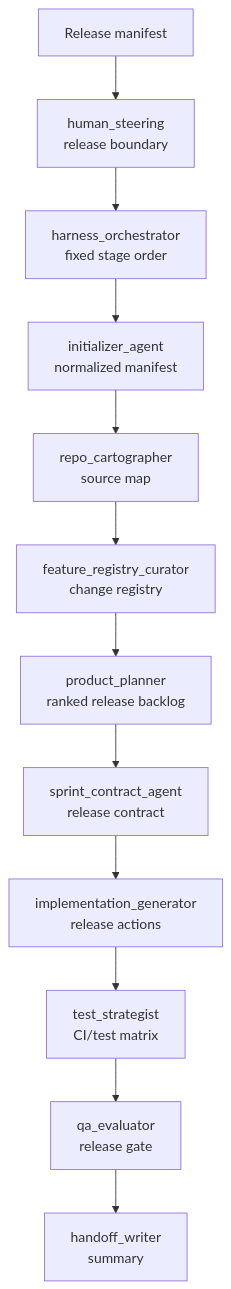
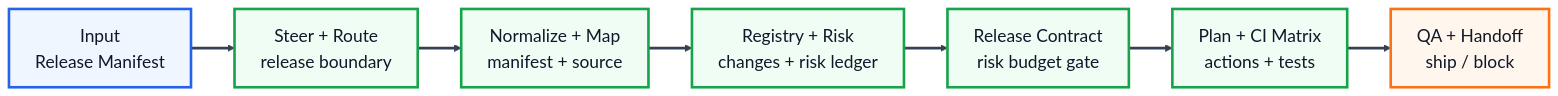
Before and after one commit to shiki-dml/My-Harness-Workflow: the third of 3 diagrams in README.md, drawn with Mermaid. The commit also changed other lines of this file and 2 other files, not shown here.

Commit message:
Improve README architecture visuals

````diff
--- a/README.md
+++ b/README.md
@@ -236,14 +228,17 @@
 ```mermaid
-flowchart TD
-    A["Release manifest"] --> B["human_steering<br/>release boundary"]
-    B --> C["harness_orchestrator<br/>fixed stage order"]
-    C --> D["initializer_agent<br/>normalized manifest"]
-    D --> E["repo_cartographer<br/>source map"]
-    E --> F["feature_registry_curator<br/>change registry"]
-    F --> G["product_planner<br/>ranked release backlog"]
-    G --> H["sprint_contract_agent<br/>release contract"]
-    H --> I["implementation_generator<br/>release actions"]
-    I --> J["test_strategist<br/>CI/test matrix"]
-    J --> K["qa_evaluator<br/>release gate"]
-    K --> L["handoff_writer<br/>summary"]
+%%{init: {"theme":"base","flowchart":{"curve":"linear","htmlLabels":true},"themeVariables":{"background":"#ffffff","mainBkg":"#ffffff","primaryTextColor":"#0f172a","fontSize":"20px","lineColor":"#334155"}}}%%
+flowchart LR
+    A["Input<br/>Release Manifest"] --> B["Steer + Route<br/>release boundary"]
+    B --> C["Normalize + Map<br/>manifest + source"]
+    C --> D["Registry + Risk<br/>changes + risk ledger"]
+    D --> E["Release Contract<br/>risk budget gate"]
+    E --> F["Plan + CI Matrix<br/>actions + tests"]
+    F --> G["QA + Handoff<br/>ship / block"]
+    classDef source fill:#eff6ff,stroke:#2563eb,stroke-width:3px,color:#0f172a
+    classDef stage fill:#f0fdf4,stroke:#16a34a,stroke-width:3px,color:#0f172a
+    classDef output fill:#fff7ed,stroke:#f97316,stroke-width:3px,color:#0f172a
+    class A source
+    class B,C,D,E,F stage
+    class G output
+    linkStyle default stroke:#334155,stroke-width:3px
 ```
````
